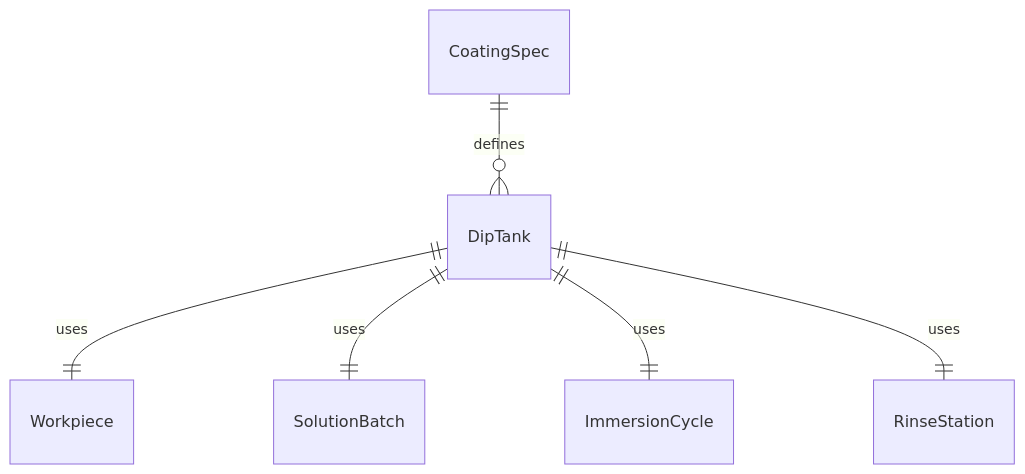
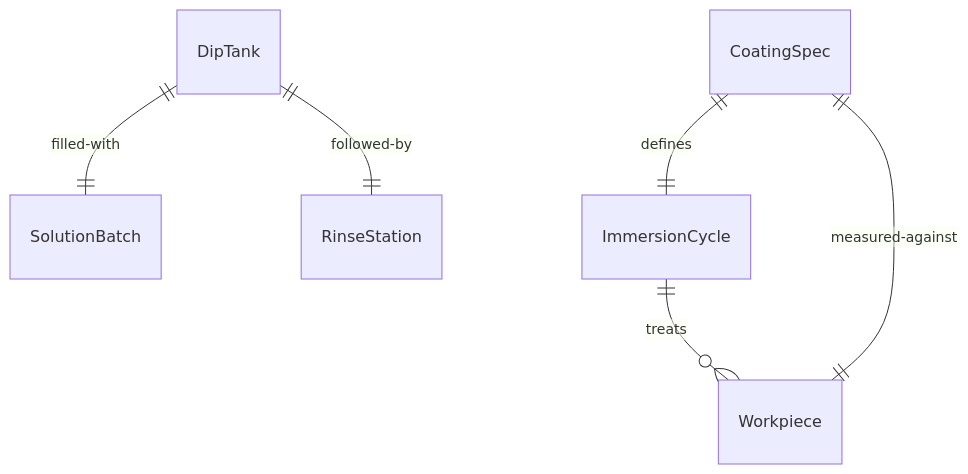
Before and after one commit to dot-org-ai/tasks.org.ai: the first of 4 diagrams in HandlingAndMovingObjects/PrepareIndustrialMaterialsForProcessingOrUse/ImmerseObjectsWorkpiecesCleaningCoating.mdx, drawn with Mermaid. The commit also changed other lines of this file and 515 other files, not shown here.

````diff
--- a/HandlingAndMovingObjects/PrepareIndustrialMaterialsForProcessingOrUse/ImmerseObjectsWorkpiecesCleaningCoating.mdx
+++ b/HandlingAndMovingObjects/PrepareIndustrialMaterialsForProcessingOrUse/ImmerseObjectsWorkpiecesCleaningCoating.mdx
@@ -88,8 +88,8 @@
 ```mermaid
 erDiagram
-    DipTank ||--|| Workpiece : "uses"
-    DipTank ||--|| SolutionBatch : "uses"
-    DipTank ||--|| ImmersionCycle : "uses"
-    DipTank ||--|| RinseStation : "uses"
-    CoatingSpec ||--o{ DipTank : "defines"
+    DipTank ||--|| SolutionBatch : "filled-with"
+    CoatingSpec ||--|| ImmersionCycle : "defines"
+    ImmersionCycle ||--o{ Workpiece : "treats"
+    DipTank ||--|| RinseStation : "followed-by"
+    Workpiece ||--|| CoatingSpec : "measured-against"
 ```
````
